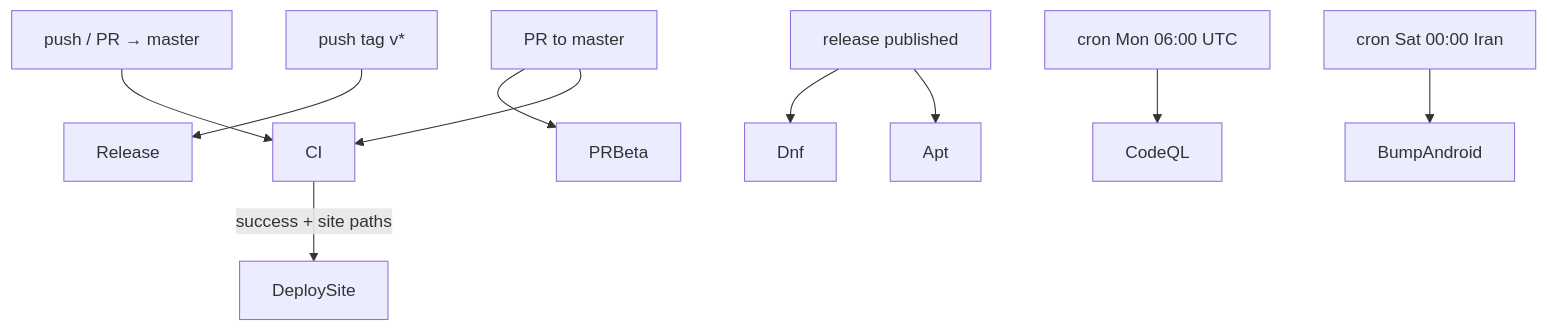
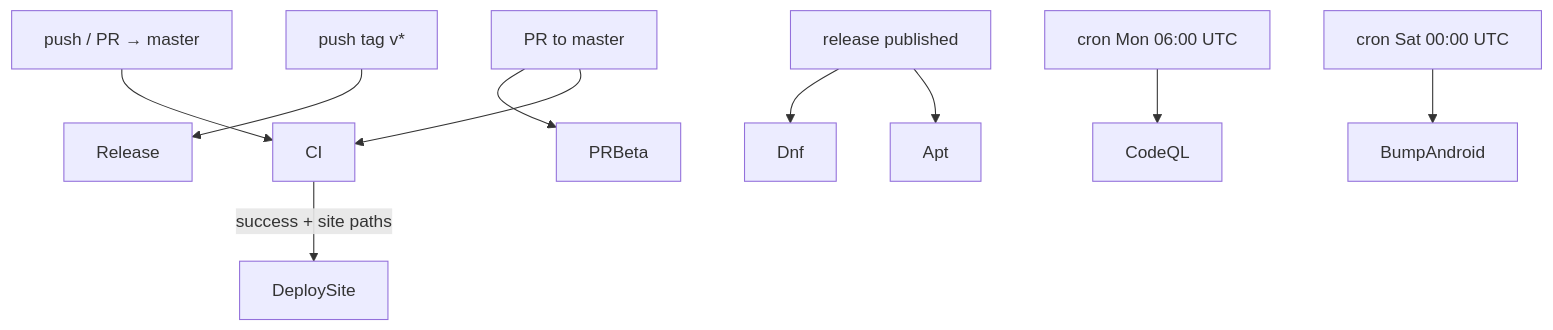
One commit to themadorg/bedrud changed the first of 4 diagrams in docs/developer/ci.md. Above: the diagram before and after it, drawn with Mermaid. The commit also changed other lines of this file and 1 other file, not shown here.

Commit message:
ci: schedule the android pin bump in UTC
The previous commit expressed the Saturday slot in Iran time, which made the
cron read "Friday 20:30" and needed a comment to explain itself. Use plain
Saturday 00:00 UTC instead - the expression now says what it means.

````diff
--- a/docs/developer/ci.md
+++ b/docs/developer/ci.md
@@ -9,18 +9,18 @@
 ```mermaid
 flowchart TB
   push["push / PR → master"]
   tag["push tag v*"]
   cronQ["cron Mon 06:00 UTC"]
-  cronS["cron Sat 00:00 Iran"]
+  cronS["cron Sat 00:00 UTC"]
   relPub["release published"]
 
   push --> CI
   CI -->|success + site paths| DeploySite
   tag --> Release
   relPub --> Apt
   relPub --> Dnf
   cronQ --> CodeQL
   cronS --> BumpAndroid
   PR["PR to master"] --> CI
   PR --> PRBeta
 ```
````
